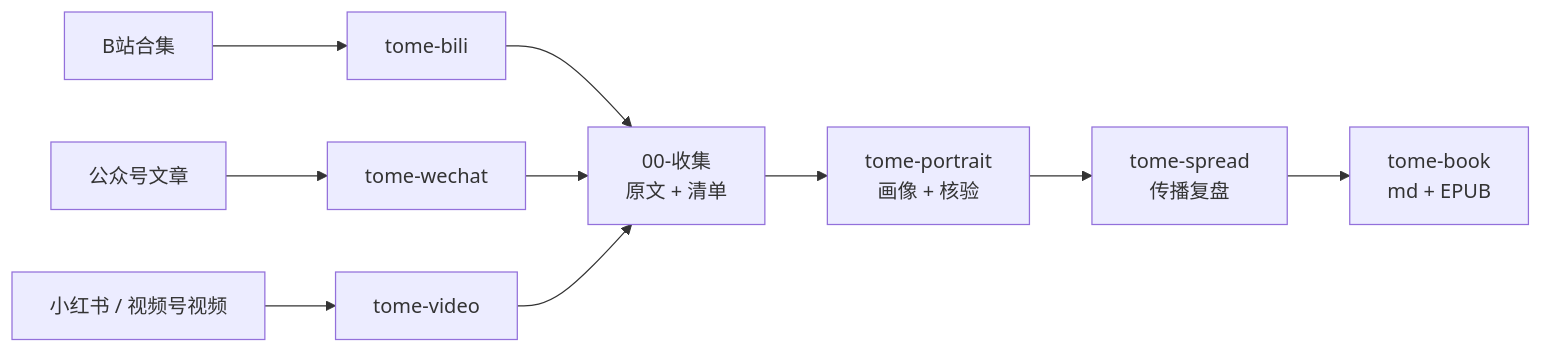
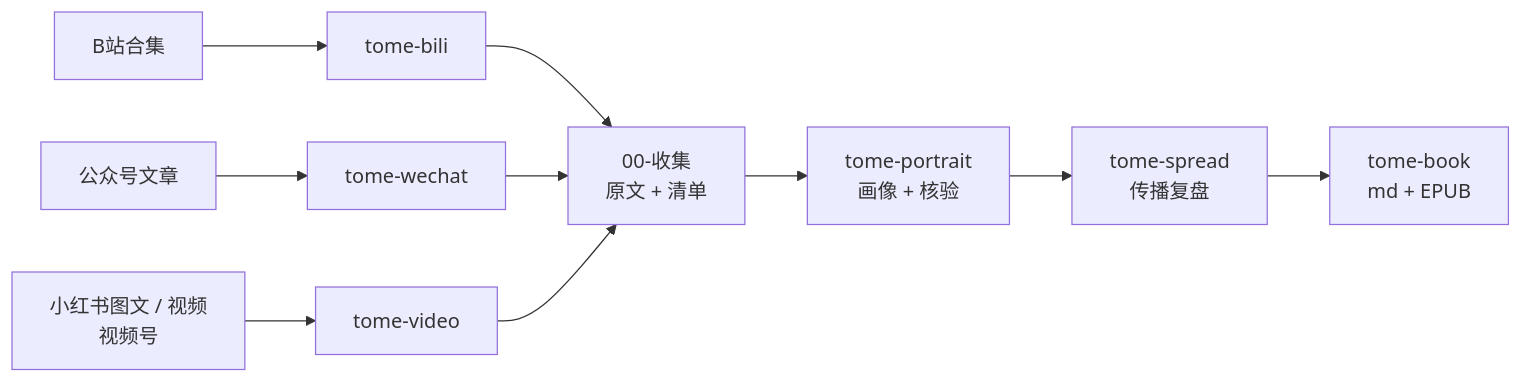
One commit to ink110/tome changed the diagram in README.md. Above: the diagram before and after it, drawn with Mermaid. The commit also changed other lines of this file and 6 other files, not shown here.

````diff
--- a/README.md
+++ b/README.md
@@ -53,12 +53,12 @@
 ```mermaid
 flowchart LR
     A[B站合集] --> C[tome-bili]
     B[公众号文章] --> D[tome-wechat]
-    V[小红书 / 视频号视频] --> W[tome-video]
+    V[小红书图文 / 视频<br/>视频号] --> W[tome-video]
     C --> E[00-收集<br/>原文 + 清单]
     D --> E
     W --> E
     E --> F[tome-portrait<br/>画像 + 核验]
     F --> G[tome-spread<br/>传播复盘]
     G --> H[tome-book<br/>md + EPUB]
 ```
````
